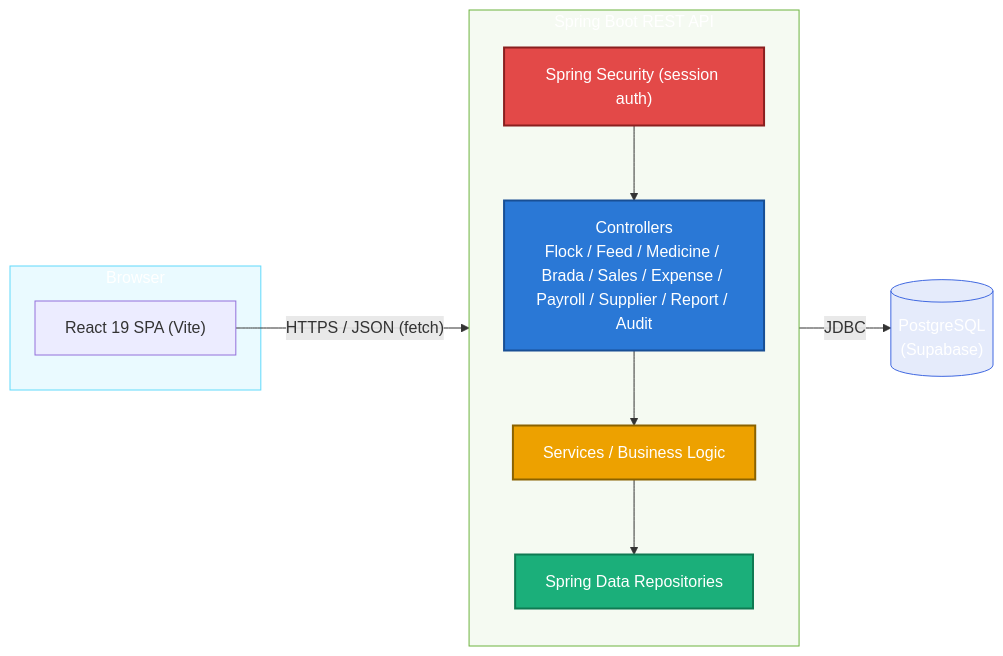
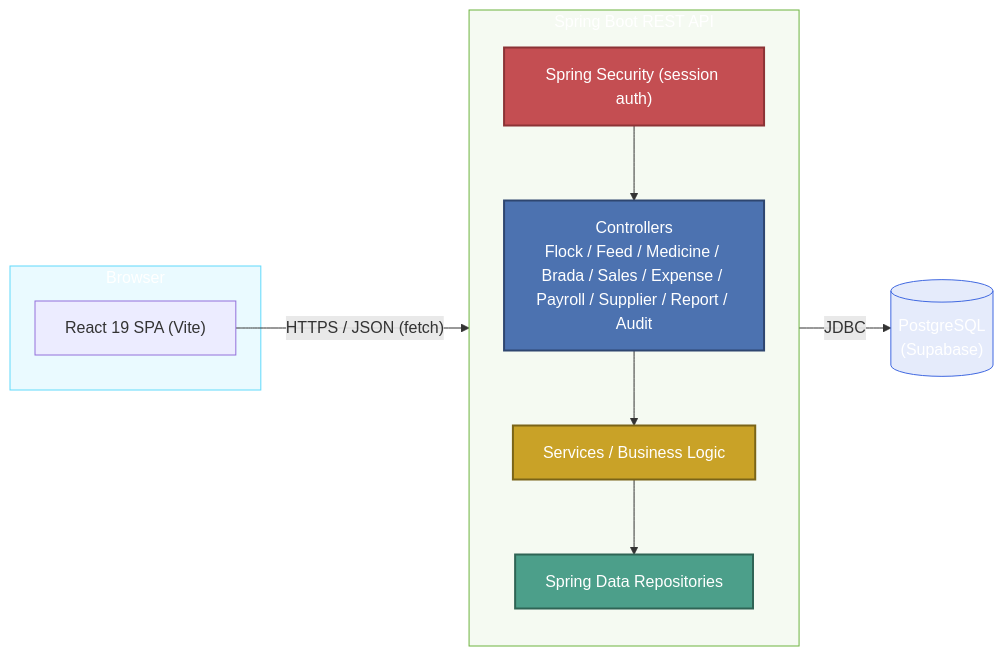
The first of 2 diagrams in README.md (mina-hill/csms), drawn with Mermaid before and after one commit. The commit also changed 2 other files, not shown here.

Commit message:
Switch to a more muted, professional color palette

````diff
--- a/README.md
+++ b/README.md
@@ -43,33 +43,33 @@
 ```mermaid
 flowchart LR
     subgraph Client["Browser"]
         SPA["React 19 SPA (Vite)"]
     end
 
     subgraph API["Spring Boot REST API"]
         direction TB
         SEC["Spring Security (session auth)"]
         CTRL["Controllers\nFlock / Feed / Medicine / Brada / Sales / Expense / Payroll / Supplier / Report / Audit"]
         SVC["Services / Business Logic"]
         REPO["Spring Data Repositories"]
         SEC --> CTRL --> SVC --> REPO
     end
 
     DB[("PostgreSQL\n(Supabase)")]
 
     SPA -- "HTTPS / JSON (fetch)" --> SEC
     REPO -- "JDBC" --> DB
 
     style Client fill:#61dafb22,stroke:#61dafb,color:#ffffff
     style API fill:#6db33f11,stroke:#6db33f,color:#ffffff
     style DB fill:#4169e122,stroke:#4169e1,color:#ffffff
 
-    classDef sec fill:#e34948,stroke:#8a1f1f,stroke-width:2px,color:#ffffff
-    classDef ctrl fill:#2a78d6,stroke:#184f95,stroke-width:2px,color:#ffffff
-    classDef svc fill:#eda100,stroke:#8a6200,stroke-width:2px,color:#ffffff
-    classDef repo fill:#1baf7a,stroke:#0f7a52,stroke-width:2px,color:#ffffff
+    classDef sec fill:#C44E52,stroke:#8C3336,stroke-width:2px,color:#ffffff
+    classDef ctrl fill:#4C72B0,stroke:#2E4670,stroke-width:2px,color:#ffffff
+    classDef svc fill:#C9A227,stroke:#7A6418,stroke-width:2px,color:#ffffff
+    classDef repo fill:#4C9F8A,stroke:#2F6455,stroke-width:2px,color:#ffffff
     class SEC sec
     class CTRL ctrl
     class SVC svc
     class REPO repo
 ```
````
